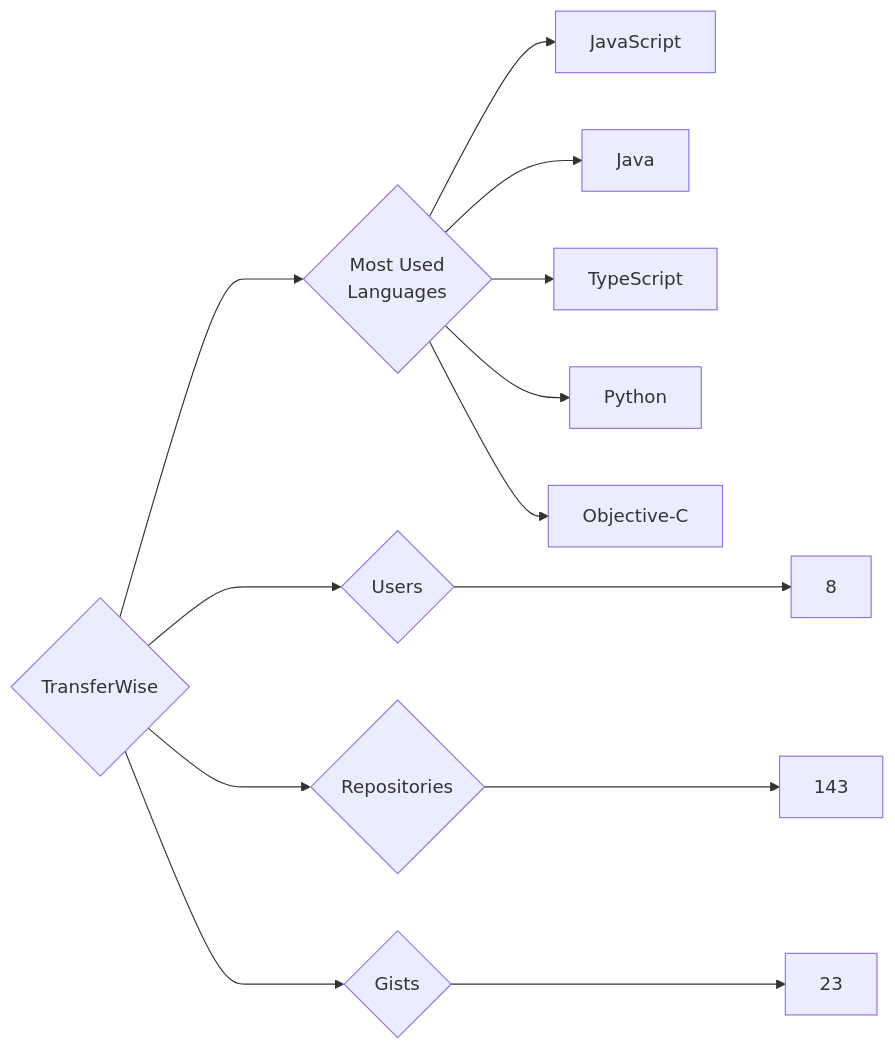
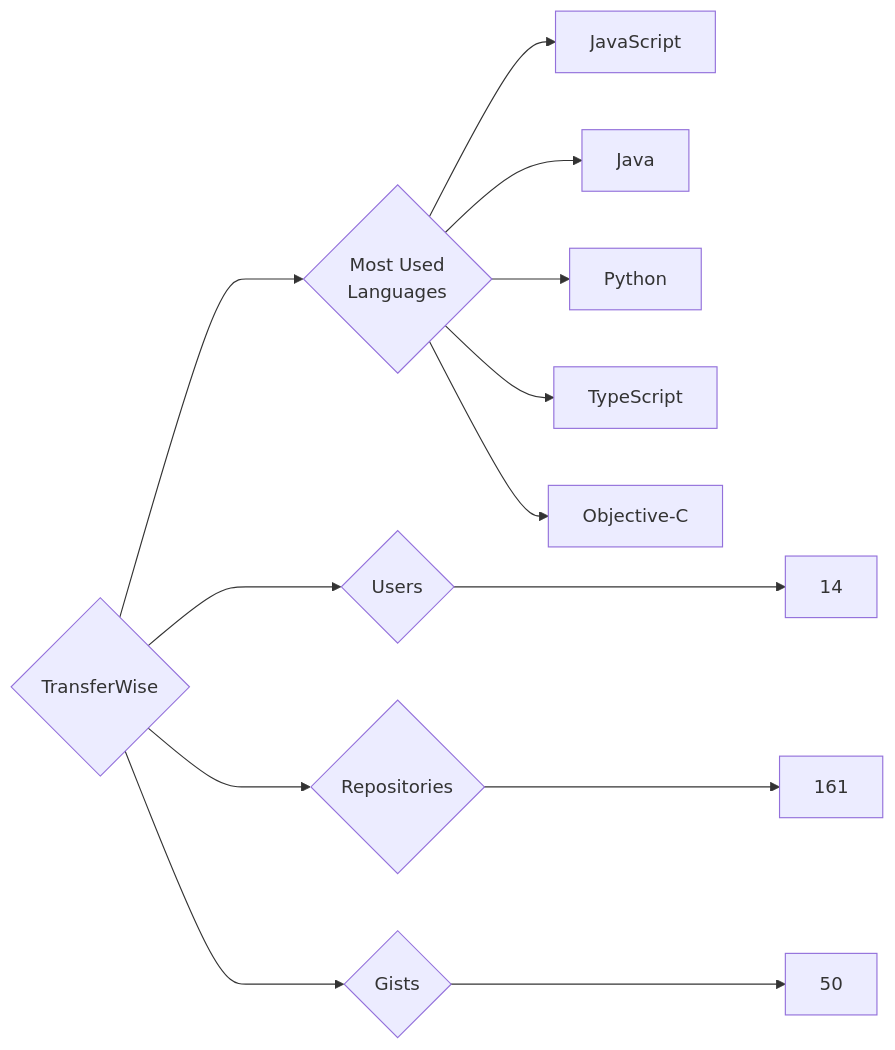
Before and after one commit to trickest/insiders: the diagram in targets/TransferWise/README.md, drawn with Mermaid. The commit also changed 972 other files, not shown here.

````diff
--- a/targets/TransferWise/README.md
+++ b/targets/TransferWise/README.md
@@ -3,13 +3,13 @@
 ```mermaid
 graph LR
 COMPANY_NAME{TransferWise}
-COMPANY_NAME ---> U{Users} ---> UN[8]
-COMPANY_NAME ---> R{Repositories} ---> RN[143]
-COMPANY_NAME ---> G{Gists} ---> GN[23]
+COMPANY_NAME ---> U{Users} ---> UN[14]
+COMPANY_NAME ---> R{Repositories} ---> RN[161]
+COMPANY_NAME ---> G{Gists} ---> GN[50]
 COMPANY_NAME ---> ML{Most Used<br>Languages}
 ML --> JavaScript[JavaScript]
 ML --> Java[Java]
+ML --> Python[Python]
 ML --> TypeScript[TypeScript]
-ML --> Python[Python]
 ML --> Objective-C[Objective-C]
 ```
````
